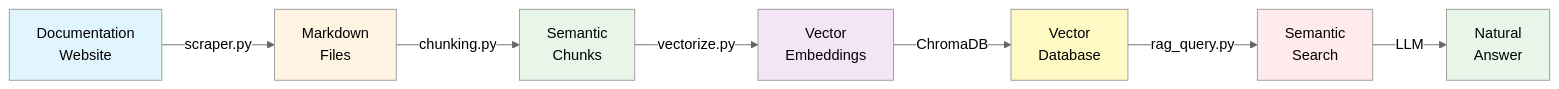
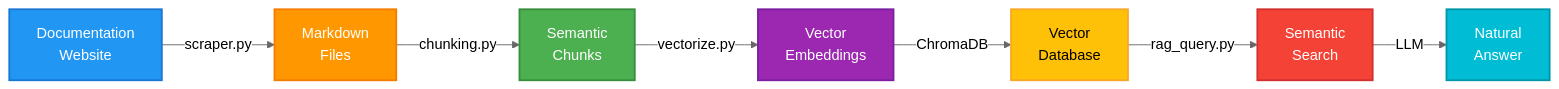
Before and after one commit to Gotofffromthebus/frrrouting_rag_assistant: the diagram in README.md, drawn with Mermaid (neutral theme).

Commit message:
Improve pipeline diagram readability with better colors and contrast

````diff
--- a/README.md
+++ b/README.md
@@ -15,17 +15,17 @@
 ```mermaid
 graph LR
     A[Documentation<br/>Website] -->|scraper.py| B[Markdown<br/>Files]
     B -->|chunking.py| C[Semantic<br/>Chunks]
     C -->|vectorize.py| D[Vector<br/>Embeddings]
     D -->|ChromaDB| E[Vector<br/>Database]
     E -->|rag_query.py| F[Semantic<br/>Search]
     F -->|LLM| G[Natural<br/>Answer]
     
-    style A fill:#e1f5ff
-    style B fill:#fff4e1
-    style C fill:#e8f5e9
-    style D fill:#f3e5f5
-    style E fill:#fff9c4
-    style F fill:#ffebee
-    style G fill:#e8f5e9
+    style A fill:#2196F3,stroke:#1976D2,stroke-width:2px,color:#fff
+    style B fill:#FF9800,stroke:#F57C00,stroke-width:2px,color:#fff
+    style C fill:#4CAF50,stroke:#388E3C,stroke-width:2px,color:#fff
+    style D fill:#9C27B0,stroke:#7B1FA2,stroke-width:2px,color:#fff
+    style E fill:#FFC107,stroke:#F9A825,stroke-width:2px,color:#000
+    style F fill:#F44336,stroke:#D32F2F,stroke-width:2px,color:#fff
+    style G fill:#00BCD4,stroke:#0097A7,stroke-width:2px,color:#fff
 ```
````
